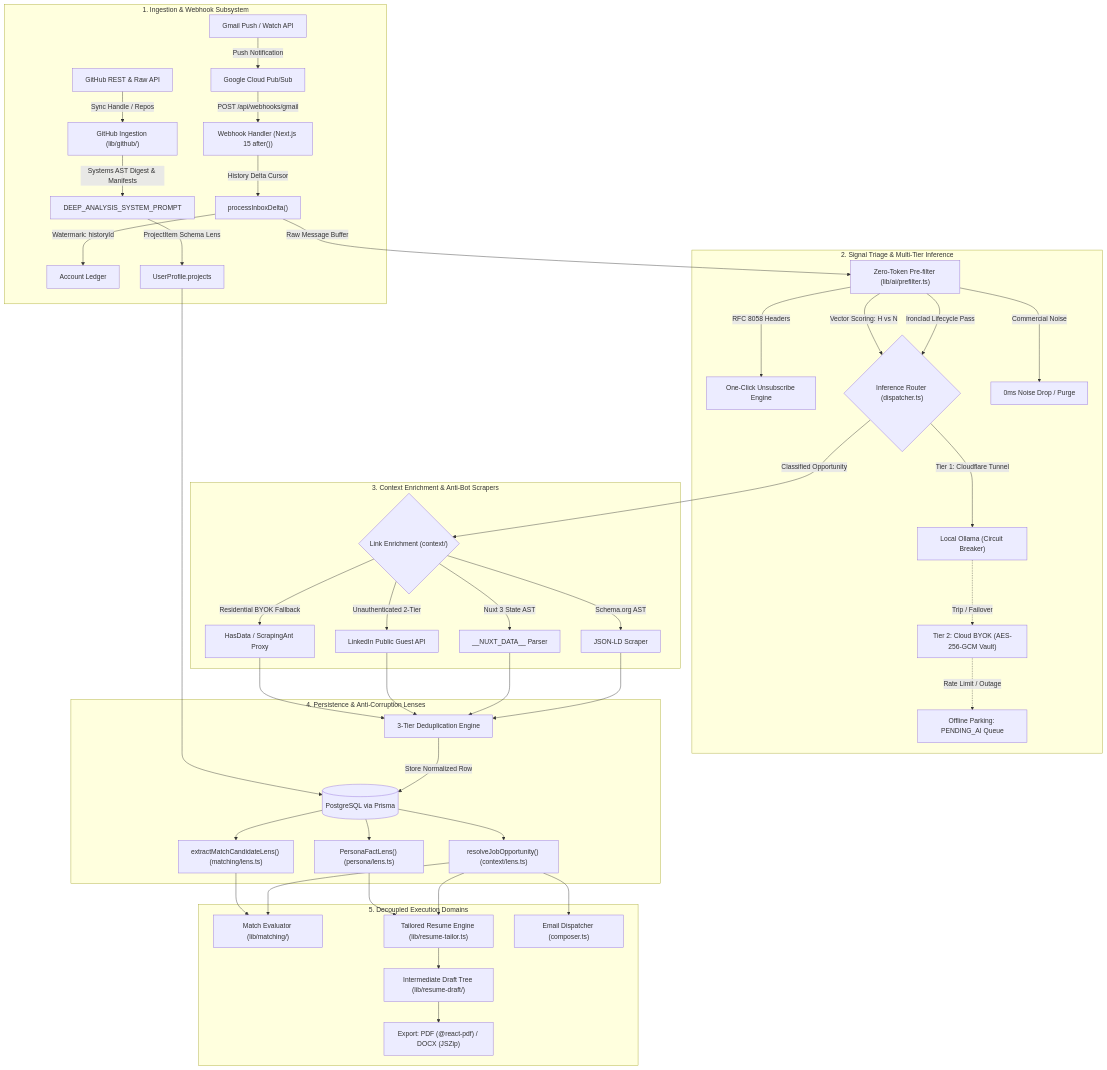
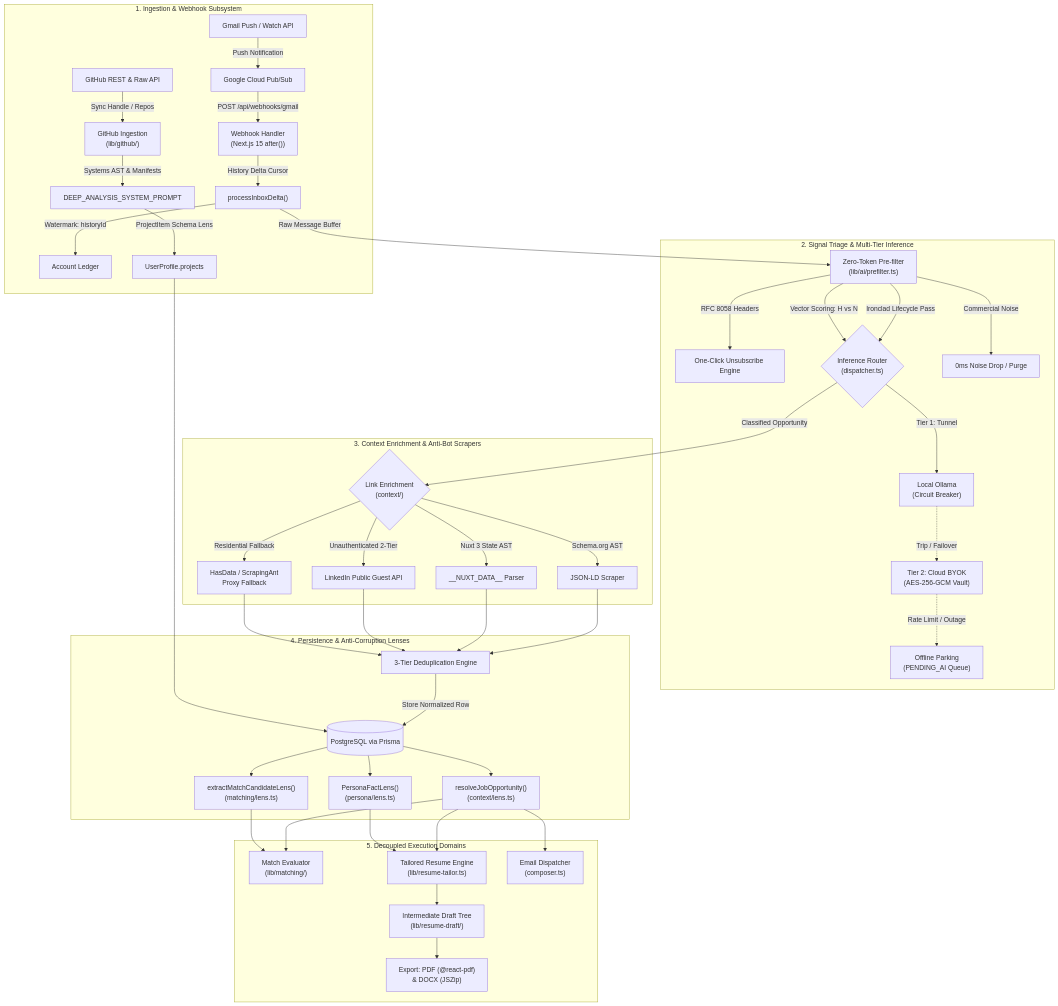
One commit to Marqlo-C/mailpilot changed the first of 4 diagrams in README.md. Above: the diagram before and after it, drawn with Mermaid. The commit also changed other lines of this file, not shown here.

Commit message:
docs(readme): wrap mermaid node labels and convert tailoring flowchart to TD for responsive rendering

````diff
--- a/README.md
+++ b/README.md
@@ -61,50 +61,50 @@
 ```mermaid
 flowchart TD
   subgraph Ingest["1. Ingestion & Webhook Subsystem"]
     GW["Gmail Push / Watch API"] -->|Push Notification| PS["Google Cloud Pub/Sub"]
-    PS -->|POST /api/webhooks/gmail| WH["Webhook Handler (Next.js 15 after())"]
+    PS -->|POST /api/webhooks/gmail| WH["Webhook Handler<br/>(Next.js 15 after())"]
     WH -->|History Delta Cursor| DT["processInboxDelta()"]
     DT -->|Watermark: historyId| ACC["Account Ledger"]
 
-    GH["GitHub REST & Raw API"] -->|Sync Handle / Repos| GHI["GitHub Ingestion (lib/github/)"]
-    GHI -->|Systems AST Digest & Manifests| GHP["DEEP_ANALYSIS_SYSTEM_PROMPT"]
+    GH["GitHub REST & Raw API"] -->|Sync Handle / Repos| GHI["GitHub Ingestion<br/>(lib/github/)"]
+    GHI -->|Systems AST & Manifests| GHP["DEEP_ANALYSIS_SYSTEM_PROMPT"]
     GHP -->|ProjectItem Schema Lens| UPJ["UserProfile.projects"]
   end
 
   subgraph Triage["2. Signal Triage & Multi-Tier Inference"]
-    DT -->|Raw Message Buffer| PF["Zero-Token Pre-filter (lib/ai/prefilter.ts)"]
+    DT -->|Raw Message Buffer| PF["Zero-Token Pre-filter<br/>(lib/ai/prefilter.ts)"]
     PF -->|RFC 8058 Headers| UNSUB["One-Click Unsubscribe Engine"]
-    PF -->|Ironclad Lifecycle Pass| ROUTER{"Inference Router (dispatcher.ts)"}
+    PF -->|Ironclad Lifecycle Pass| ROUTER{"Inference Router<br/>(dispatcher.ts)"}
     PF -->|Vector Scoring: H vs N| ROUTER
     PF -->|Commercial Noise| DROP["0ms Noise Drop / Purge"]
 
-    ROUTER -->|Tier 1: Cloudflare Tunnel| OLL["Local Ollama (Circuit Breaker)"]
-    OLL -.->|Trip / Failover| BYOK["Tier 2: Cloud BYOK (AES-256-GCM Vault)"]
-    BYOK -.->|Rate Limit / Outage| PARK["Offline Parking: PENDING_AI Queue"]
+    ROUTER -->|Tier 1: Tunnel| OLL["Local Ollama<br/>(Circuit Breaker)"]
+    OLL -.->|Trip / Failover| BYOK["Tier 2: Cloud BYOK<br/>(AES-256-GCM Vault)"]
+    BYOK -.->|Rate Limit / Outage| PARK["Offline Parking<br/>(PENDING_AI Queue)"]
   end
 
   subgraph Context["3. Context Enrichment & Anti-Bot Scrapers"]
-    ROUTER -->|Classified Opportunity| ENRICH{"Link Enrichment (context/)"}
+    ROUTER -->|Classified Opportunity| ENRICH{"Link Enrichment<br/>(context/)"}
     ENRICH -->|Schema.org AST| JLD["JSON-LD Scraper"]
     ENRICH -->|Nuxt 3 State AST| NUXT["__NUXT_DATA__ Parser"]
     ENRICH -->|Unauthenticated 2-Tier| LI["LinkedIn Public Guest API"]
-    ENRICH -->|Residential BYOK Fallback| PROXY["HasData / ScrapingAnt Proxy"]
+    ENRICH -->|Residential Fallback| PROXY["HasData / ScrapingAnt<br/>Proxy Fallback"]
   end
 
   subgraph Lens["4. Persistence & Anti-Corruption Lenses"]
     JLD & NUXT & LI & PROXY --> DED["3-Tier Deduplication Engine"]
     DED -->|Store Normalized Row| DB[("PostgreSQL via Prisma")]
     UPJ --> DB
-    DB --> RJO["resolveJobOpportunity() (context/lens.ts)"]
-    DB --> MCL["extractMatchCandidateLens() (matching/lens.ts)"]
-    DB --> PFL["PersonaFactLens() (persona/lens.ts)"]
+    DB --> RJO["resolveJobOpportunity()<br/>(context/lens.ts)"]
+    DB --> MCL["extractMatchCandidateLens()<br/>(matching/lens.ts)"]
+    DB --> PFL["PersonaFactLens()<br/>(persona/lens.ts)"]
   end
 
   subgraph Consumer["5. Decoupled Execution Domains"]
-    RJO & MCL --> MATCH["Match Evaluator (lib/matching/)"]
-    RJO & PFL --> TAILOR["Tailored Resume Engine (lib/resume-tailor.ts)"]
-    RJO --> DISP["Email Dispatcher (composer.ts)"]
-    TAILOR --> DRAFT["Intermediate Draft Tree (lib/resume-draft/)"]
-    DRAFT --> EXPORT["Export: PDF (@react-pdf) / DOCX (JSZip)"]
+    RJO & MCL --> MATCH["Match Evaluator<br/>(lib/matching/)"]
+    RJO & PFL --> TAILOR["Tailored Resume Engine<br/>(lib/resume-tailor.ts)"]
+    RJO --> DISP["Email Dispatcher<br/>(composer.ts)"]
+    TAILOR --> DRAFT["Intermediate Draft Tree<br/>(lib/resume-draft/)"]
+    DRAFT --> EXPORT["Export: PDF (@react-pdf)<br/>& DOCX (JSZip)"]
   end
 ```
````
